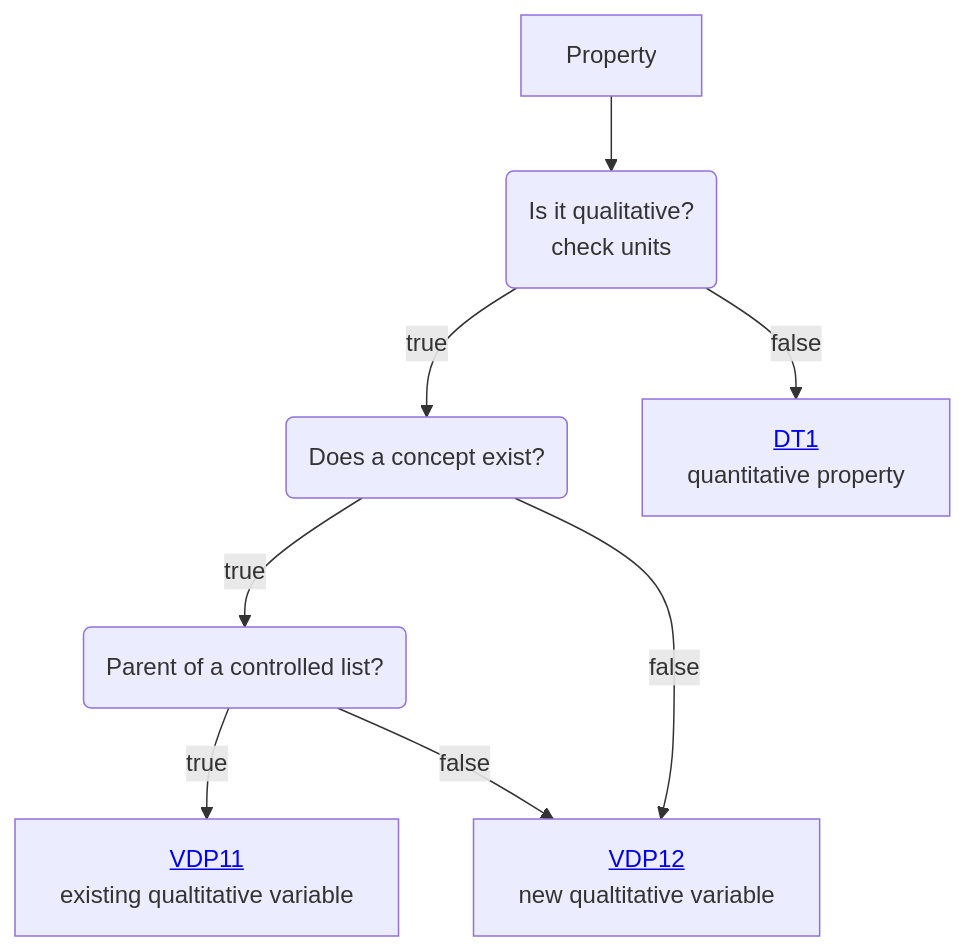
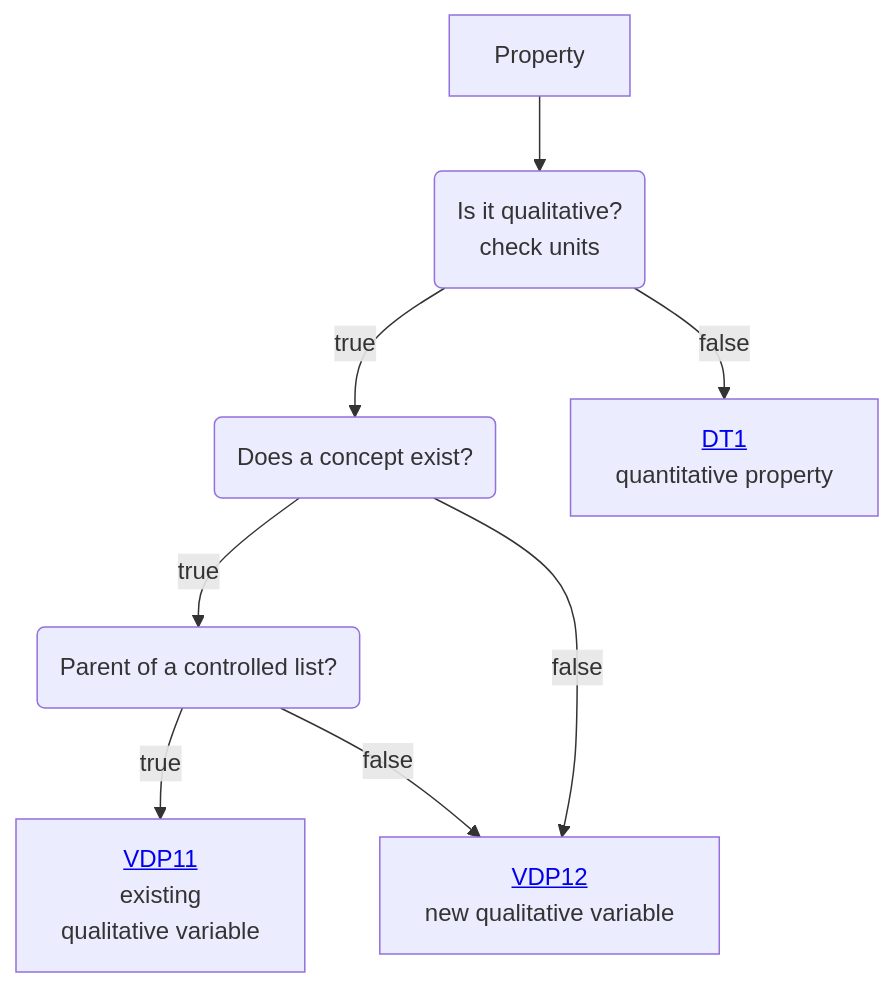
Before and after one commit to mabablue/I-ADOPT-patterns-playground: the diagram in Decisition_trees/DT0.mmd, drawn with Mermaid.

```diff
--- a/Decisition_trees/DT0.mmd
+++ b/Decisition_trees/DT0.mmd
@@ -1,8 +1,8 @@
 flowchart TD
     A[Property] --> B(Is it qualitative? <br> check units)
     B --> |true|C(Does a concept exist?) 
     B --> |false|D[<a href='https://github.com/mabablue/I-ADOPT-patterns-playground/blob/main/Decisition_trees/DT1.mmd'>DT1</a><br> quantitative property] 
     C --> |true|E(Parent of a controlled list?)
-    C --> |false|H[<a href='https://github.com/mabablue/I-ADOPT-patterns-playground/blob/main/pattern/VDP12.yaml'>VDP12</a><br> new qualtitative variable] 
-    E --> |true|F[<a href='https://github.com/mabablue/I-ADOPT-patterns-playground/blob/main/pattern/VDP11.yaml'>VDP11</a><br> existing qualtitative variable] 
+    C --> |false|H[<a href='https://github.com/mabablue/I-ADOPT-patterns-playground/blob/main/pattern/VDP12.yaml'>VDP12</a><br> new qualitative variable] 
+    E --> |true|F[<a href='https://github.com/mabablue/I-ADOPT-patterns-playground/blob/main/pattern/VDP11.yaml'>VDP11</a><br> existing <br> qualitative variable] 
     E --> |false|H
```
